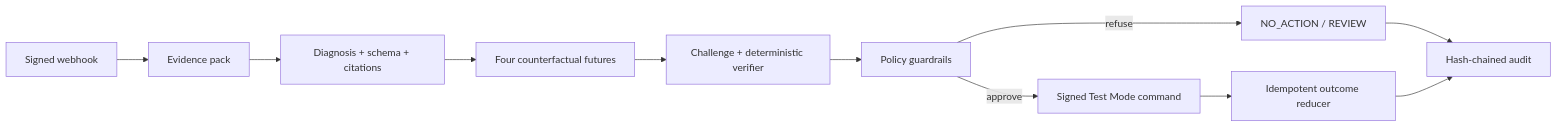
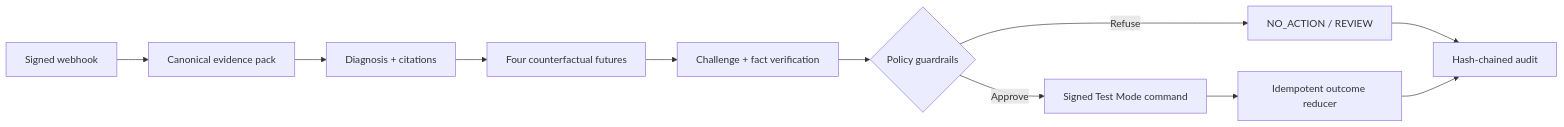
One commit to ronie0012/razorpay_hackathon_Recourse changed the diagram in README.md. Above: the diagram before and after it, drawn with Mermaid. The commit also changed other lines of this file, not shown here.

````diff
--- a/README.md
+++ b/README.md
@@ -51,13 +47,13 @@
 ```mermaid
 flowchart LR
-  A[Signed webhook] --> B[Evidence pack]
-  B --> C[Diagnosis + schema + citations]
+  A[Signed webhook] --> B[Canonical evidence pack]
+  B --> C[Diagnosis + citations]
   C --> D[Four counterfactual futures]
-  D --> E[Challenge + deterministic verifier]
-  E --> F[Policy guardrails]
-  F -->|approve| G[Signed Test Mode command]
-  F -->|refuse| H[NO_ACTION / REVIEW]
+  D --> E[Challenge + fact verification]
+  E --> F{Policy guardrails}
+  F -->|Approve| G[Signed Test Mode command]
+  F -->|Refuse| H[NO_ACTION / REVIEW]
   G --> I[Idempotent outcome reducer]
   H --> J[Hash-chained audit]
   I --> J
 ```
````
